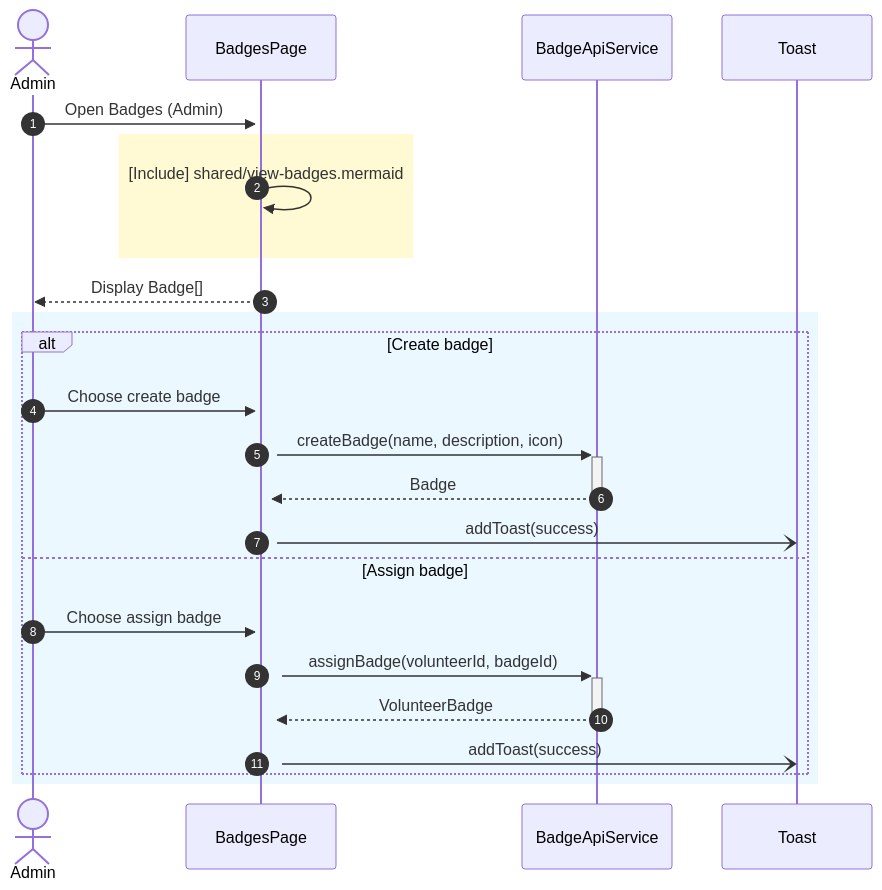
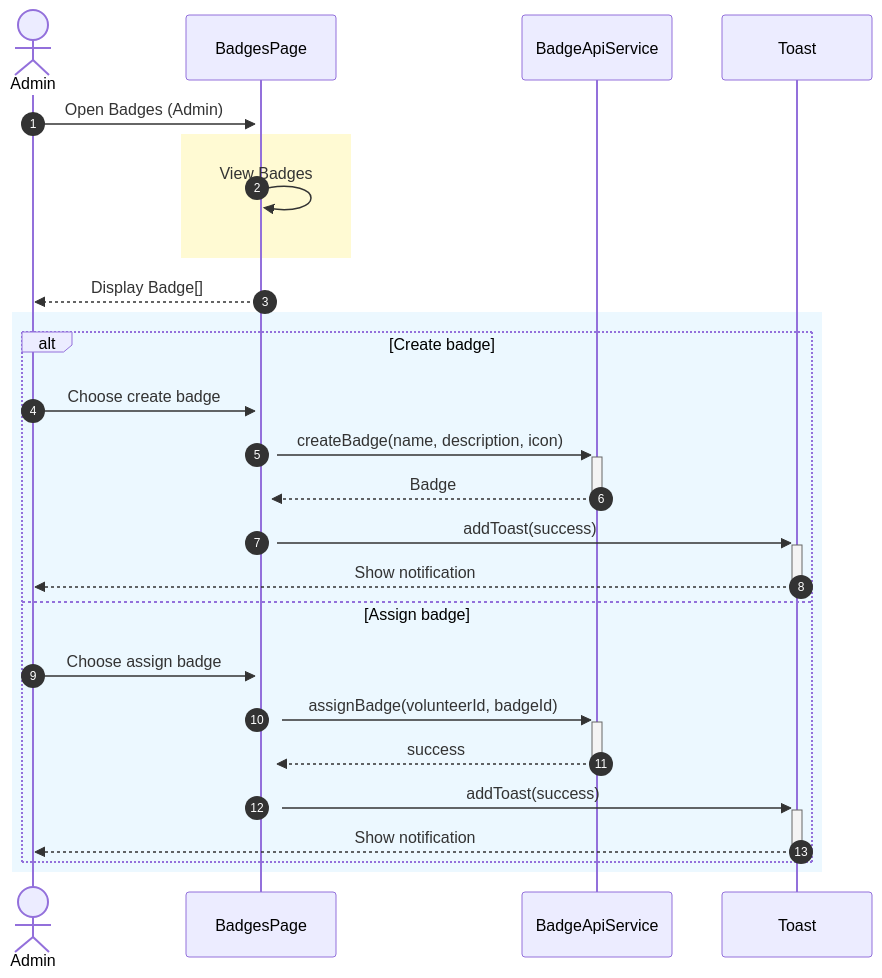
One commit to crypto-cmd/Volunteer-Management-COMP2171 changed the diagram in diagrams/sequences/admin-award-badges.mermaid. Above: the diagram before and after it, drawn with Mermaid. The commit also changed 9 other files, not shown here.

```diff
--- a/diagrams/sequences/admin-award-badges.mermaid
+++ b/diagrams/sequences/admin-award-badges.mermaid
@@ -1,26 +1,28 @@
 sequenceDiagram
 autonumber
 actor Admin
 participant BadgesPage
 participant BadgeApiService
 participant Toast
 
 Admin->>+BadgesPage: Open Badges (Admin)
 rect rgba(255, 249, 196, 0.75)
-BadgesPage->>BadgesPage: [Include] shared/view-badges.mermaid
+BadgesPage->>BadgesPage: View Badges
 end
 BadgesPage-->>Admin: Display Badge[]
 
 rect rgba(224, 244, 255, 0.6)
 alt Create badge
   Admin->>+BadgesPage: Choose create badge
   BadgesPage->>+BadgeApiService: createBadge(name, description, icon)
   BadgeApiService-->>-BadgesPage: Badge
-  BadgesPage-)Toast: addToast(success)
+  BadgesPage->>+Toast: addToast(success)
+  Toast-->>-Admin: Show notification
 else Assign badge
   Admin->>+BadgesPage: Choose assign badge
   BadgesPage->>+BadgeApiService: assignBadge(volunteerId, badgeId)
-  BadgeApiService-->>-BadgesPage: VolunteerBadge
-  BadgesPage-)Toast: addToast(success)
+  BadgeApiService-->>-BadgesPage: success
+  BadgesPage->>+Toast: addToast(success)
+  Toast-->>-Admin: Show notification
 end
 end
```
